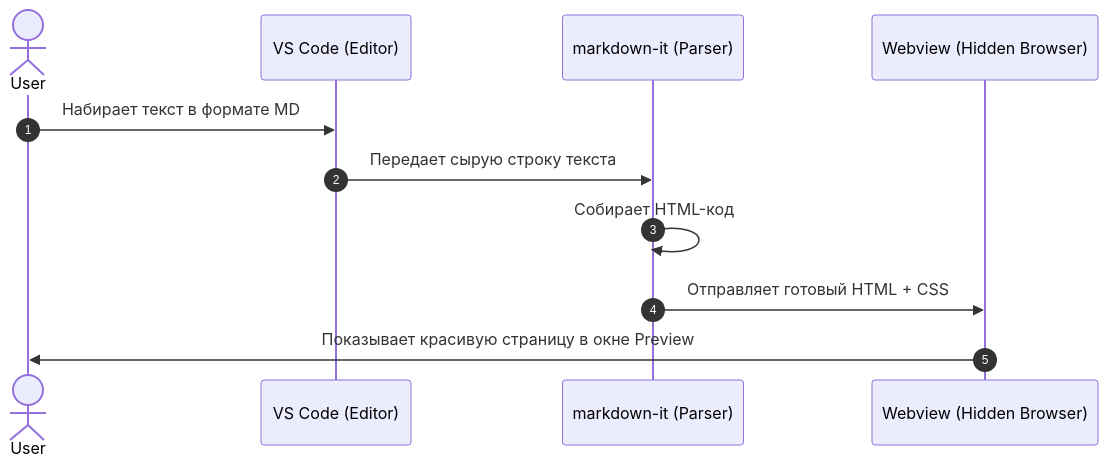
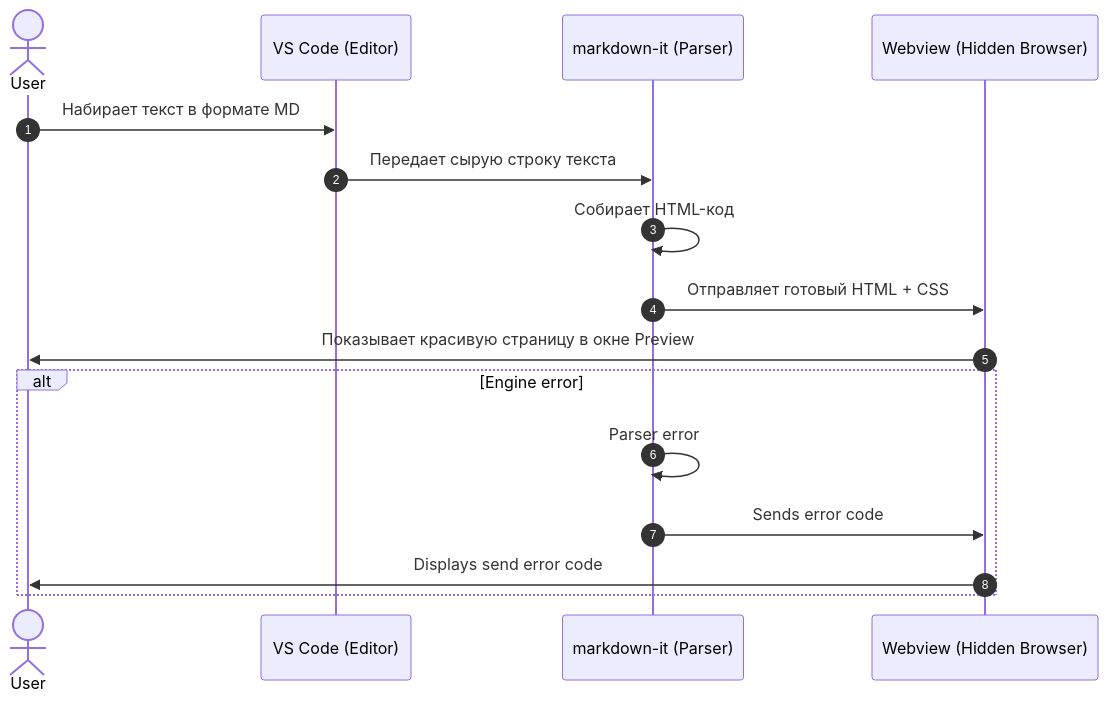
Before and after one commit to ryzhakov-ai/docs_as_code_test: the second of 2 diagrams in docs/guide.md, drawn with Mermaid.

Commit message:
added alt flow for error parser case

````diff
--- a/docs/guide.md
+++ b/docs/guide.md
@@ -22,14 +22,19 @@
 ```mermaid
 sequenceDiagram
 autonumber
     actor User
     participant VSCode as VS Code (Editor)
     participant Engine as markdown-it (Parser)
     participant Webview as Webview (Hidden Browser)
 
     User->>VSCode: Набирает текст в формате MD
     VSCode->>Engine: Передает сырую строку текста
     Engine->>Engine: Собирает HTML-код
     Engine->>Webview: Отправляет готовый HTML + CSS
-    Webview->>User: Показывает красивую страницу в окне Preview    
+    Webview->>User: Показывает красивую страницу в окне Preview   
+    alt Engine error
+    Engine->>Engine: Parser error
+    Engine->>Webview: Sends error code
+    Webview->>User: Displays send error code
+    end 
 ```
````
